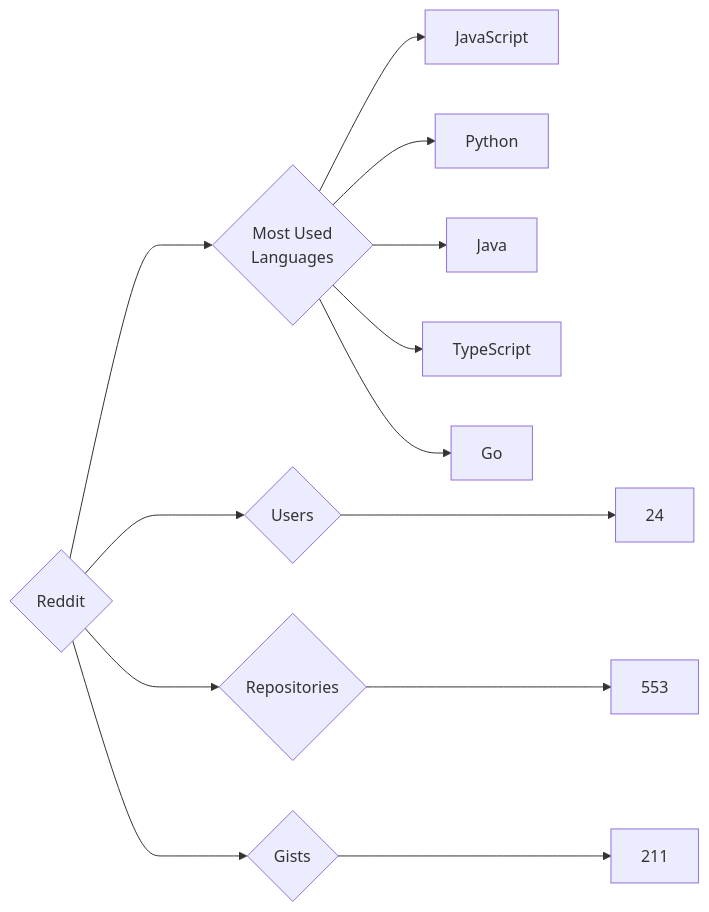
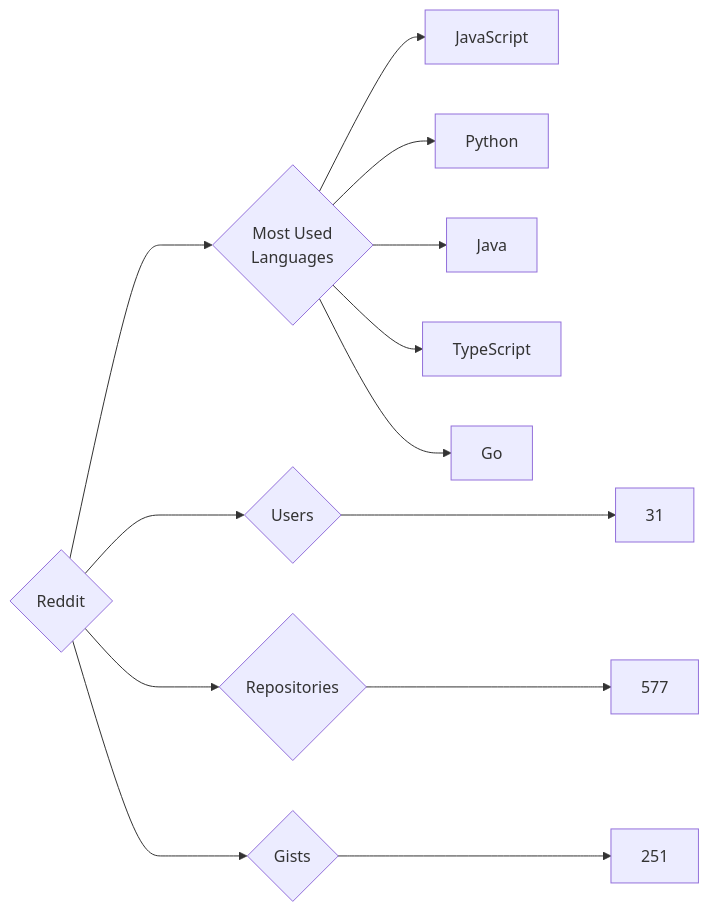
One commit to trickest/insiders changed the diagram in targets/Reddit/README.md. Above: the diagram before and after it, drawn with Mermaid. The commit also changed 948 other files, not shown here.

````diff
--- a/targets/Reddit/README.md
+++ b/targets/Reddit/README.md
@@ -3,13 +3,13 @@
 ```mermaid
 graph LR
 COMPANY_NAME{Reddit}
-COMPANY_NAME ---> U{Users} ---> UN[24]
-COMPANY_NAME ---> R{Repositories} ---> RN[553]
-COMPANY_NAME ---> G{Gists} ---> GN[211]
+COMPANY_NAME ---> U{Users} ---> UN[31]
+COMPANY_NAME ---> R{Repositories} ---> RN[577]
+COMPANY_NAME ---> G{Gists} ---> GN[251]
 COMPANY_NAME ---> ML{Most Used<br>Languages}
 ML --> JavaScript[JavaScript]
 ML --> Python[Python]
 ML --> Java[Java]
 ML --> TypeScript[TypeScript]
 ML --> Go[Go]
 ```
````
